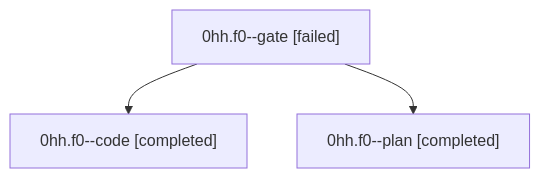
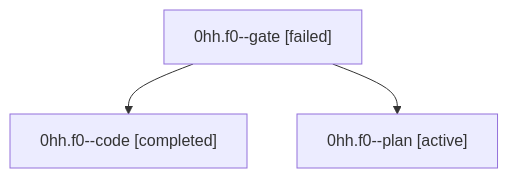
One commit to sase-org/sase--agents changed the diagram in families/bbugyi200.athena.0hh.f0.md. Above: the diagram before and after it, drawn with Mermaid. The commit also changed other lines of this file and 35830 other files, not shown here.

````diff
--- a/families/bbugyi200.athena.0hh.f0.md
+++ b/families/bbugyi200.athena.0hh.f0.md
@@ -9,8 +9,8 @@
 ```mermaid
 flowchart TD
   n0["0hh.f0--gate [failed]"]
   n1["0hh.f0--code [completed]"]
   n0 --> n1
-  n2["0hh.f0--plan [completed]"]
+  n2["0hh.f0--plan [active]"]
   n0 --> n2
 ```
````
